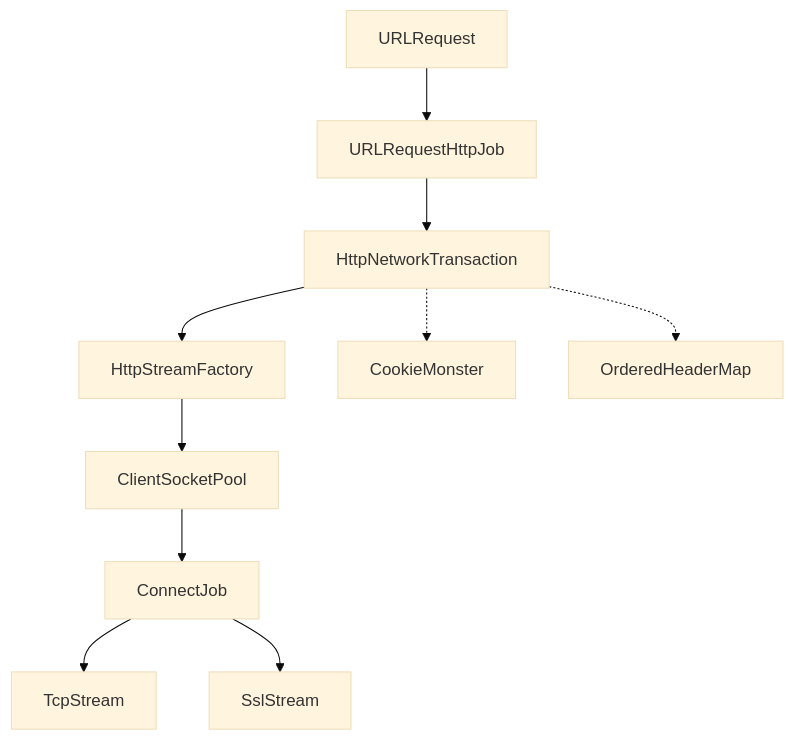
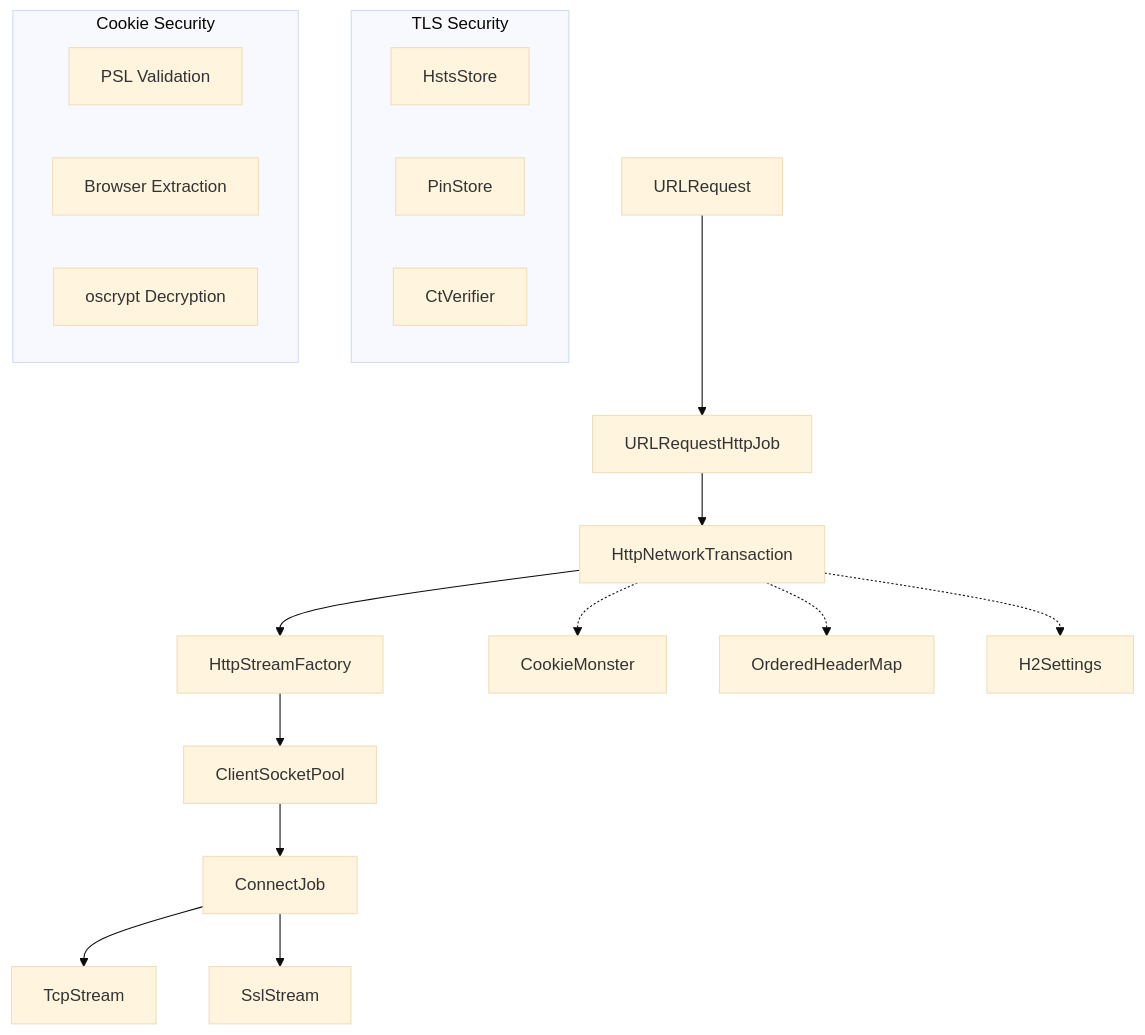
The diagram in chromenet/docs/architecture.md (devanjumg70/gdlraw), drawn with Mermaid (base theme) before and after one commit. The commit also changed other lines of this file and 5 other files, not shown here.

Commit message:
docs: Add TLS security documentation for HSTS, certificate pinning, and CT verification, and update architecture overview.

````diff
--- a/chromenet/docs/architecture.md
+++ b/chromenet/docs/architecture.md
@@ -6,13 +8,26 @@
 ```mermaid
 graph TD
     A[URLRequest] --> B[URLRequestHttpJob]
     B --> C[HttpNetworkTransaction]
     C --> D[HttpStreamFactory]
     D --> E[ClientSocketPool]
     E --> F[ConnectJob]
     F --> G[TcpStream]
     F --> H[SslStream]
     
     C -.-> I[CookieMonster]
     C -.-> J[OrderedHeaderMap]
+    C -.-> K[H2Settings]
+    
+    subgraph "TLS Security"
+        L[HstsStore]
+        M[PinStore]
+        N[CtVerifier]
+    end
+    
+    subgraph "Cookie Security"
+        O[PSL Validation]
+        P[Browser Extraction]
+        Q[oscrypt Decryption]
+    end
 ```
````
